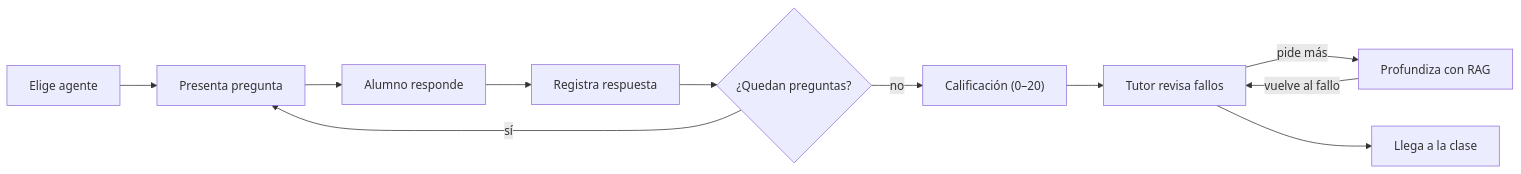
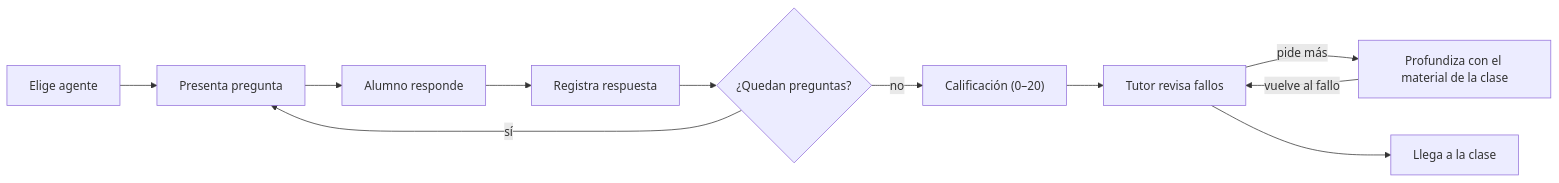
The second of 2 diagrams in specs/SDD-Plataforma-Evaluacion-PreClase.md (dreawm/IA_AGENT_FINANZAS), drawn with Mermaid before and after one commit. The commit also changed other lines of this file, not shown here.

Commit message:
Removing RAG from specs doc

````diff
--- a/specs/SDD-Plataforma-Evaluacion-PreClase.md
+++ b/specs/SDD-Plataforma-Evaluacion-PreClase.md
@@ -189,13 +181,13 @@
 ```mermaid
 flowchart LR
     A[Elige agente] --> B[Presenta pregunta]
     B --> C[Alumno responde]
     C --> D[Registra respuesta]
     D --> E{¿Quedan preguntas?}
     E -- sí --> B
     E -- no --> F["Calificación (0–20)"]
     F --> G[Tutor revisa fallos]
-    G -- pide más --> H[Profundiza con RAG]
+    G -- pide más --> H[Profundiza con el material de la clase]
     H -- vuelve al fallo --> G
     G --> I[Llega a la clase]
 ```
````
